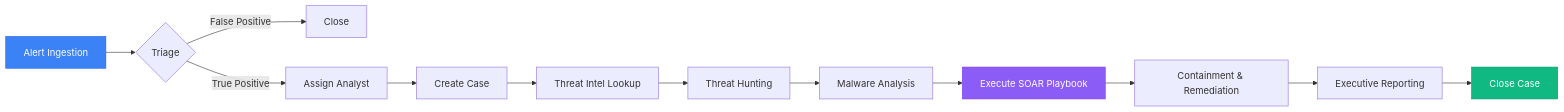
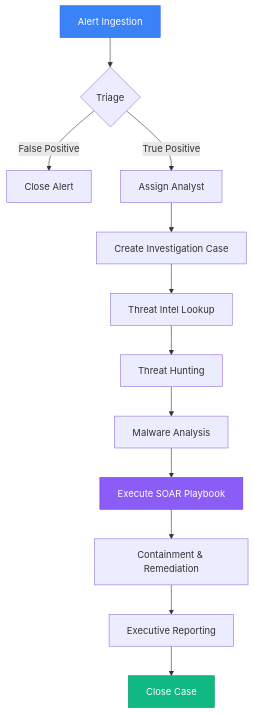
The third of 4 diagrams in README.md (alive-xd/SentriX), drawn with Mermaid before and after one commit. The commit also changed other lines of this file and 12 other files, not shown here.

Commit message:
Merge architecture to README and add actual screenshots

````diff
--- a/README.md
+++ b/README.md
@@ -170,18 +149,23 @@
 ```mermaid
-flowchart LR
+flowchart TD
     A[Alert Ingestion] --> B{Triage}
-    B -->|False Positive| C[Close]
+    
+    B -->|False Positive| C[Close Alert]
     B -->|True Positive| D[Assign Analyst]
-    D --> E[Create Case]
+    
+    D --> E[Create Investigation Case]
+    
     E --> F[Threat Intel Lookup]
     F --> G[Threat Hunting]
     G --> H[Malware Analysis]
+    
     H --> I[Execute SOAR Playbook]
     I --> J[Containment & Remediation]
+    
     J --> K[Executive Reporting]
     K --> L[Close Case]
     
     style I fill:#8b5cf6,color:#fff,stroke:#7c3aed
     style A fill:#3b82f6,color:#fff,stroke:#2563eb
     style L fill:#10b981,color:#fff,stroke:#059669
 ```
````
